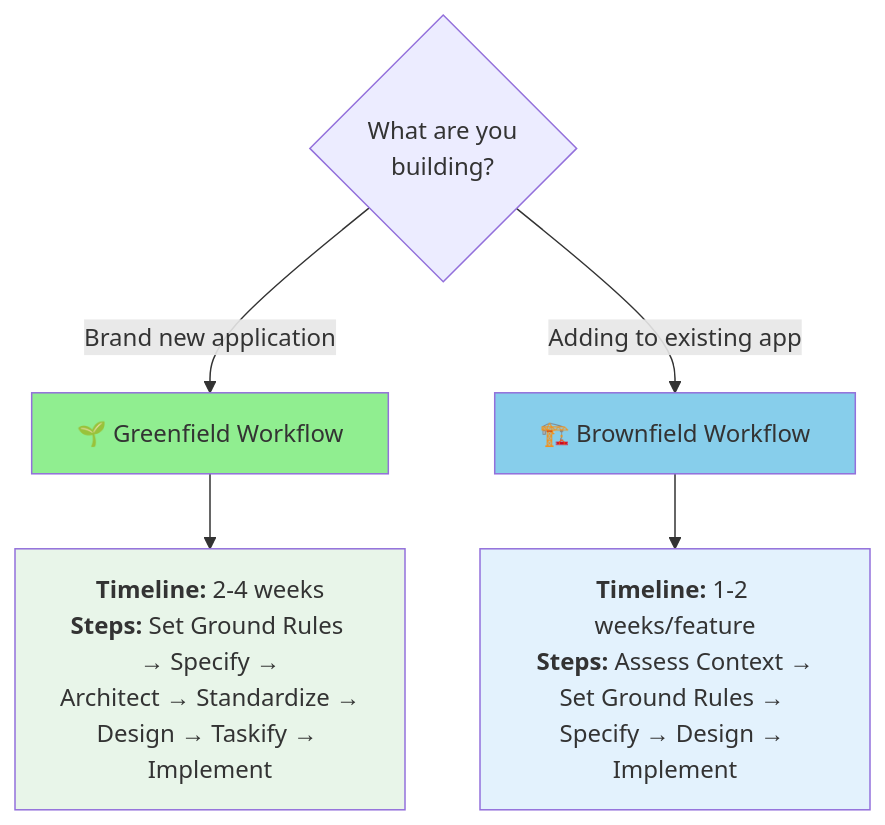
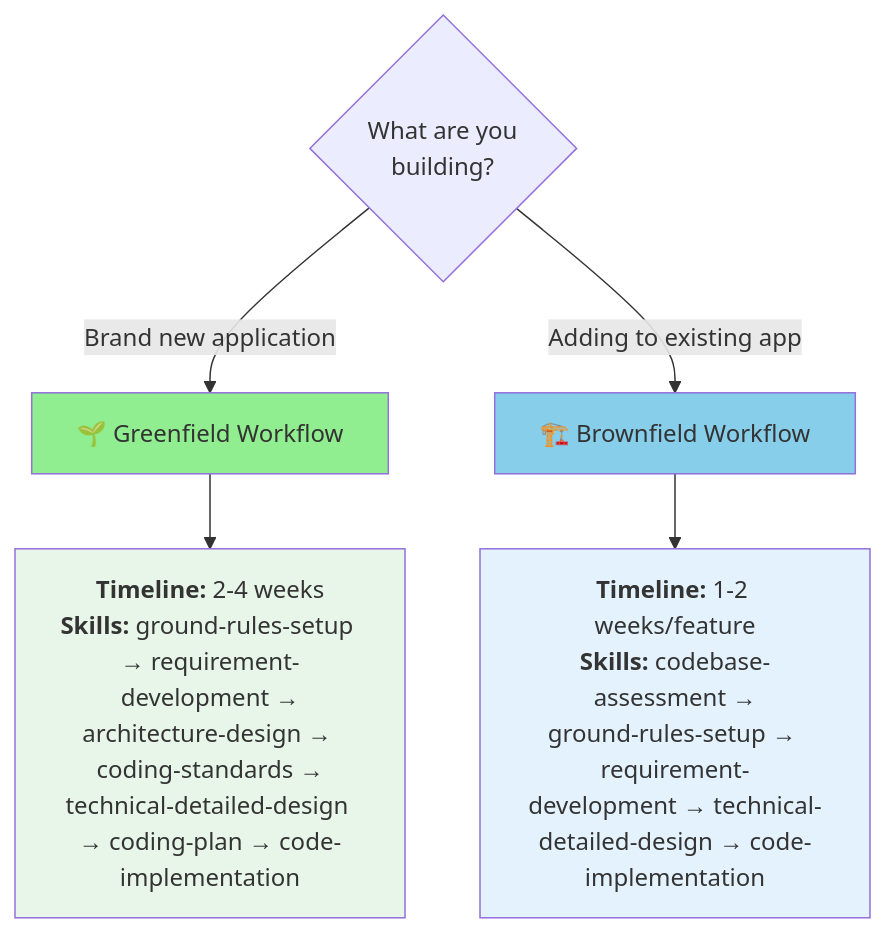
One commit to DauQuangThanh/danang-nightlife changed the third of 3 diagrams in README.md. Above: the diagram before and after it, drawn with Mermaid. The commit also changed other lines of this file and 16 other files, not shown here.

````diff
--- a/README.md
+++ b/README.md
@@ -439,15 +426,15 @@
 ```mermaid
 flowchart TD
     Start{What are you<br/>building?}
     
     Start -->|Brand new application| GF[🌱 Greenfield Workflow]
     Start -->|Adding to existing app| BF[🏗️ Brownfield Workflow]
     
-    GF --> GFDesc["<b>Timeline:</b> 2-4 weeks<br/><b>Steps:</b> Set Ground Rules → Specify →<br/>Architect → Standardize →<br/>Design → Taskify → Implement"]
-    BF --> BFDesc["<b>Timeline:</b> 1-2 weeks/feature<br/><b>Steps:</b> Assess Context →<br/>Set Ground Rules → Specify → Design → Implement"]
+    GF --> GFDesc["<b>Timeline:</b> 2-4 weeks<br/><b>Skills:</b> ground-rules-setup → requirement-development →<br/>architecture-design → coding-standards →<br/>technical-detailed-design → coding-plan → code-implementation"]
+    BF --> BFDesc["<b>Timeline:</b> 1-2 weeks/feature<br/><b>Skills:</b> codebase-assessment →<br/>ground-rules-setup → requirement-development → technical-detailed-design → code-implementation"]
     
     style GF fill:#90EE90
     style BF fill:#87CEEB
     style GFDesc fill:#E8F5E9
     style BFDesc fill:#E3F2FD
 ```
````
